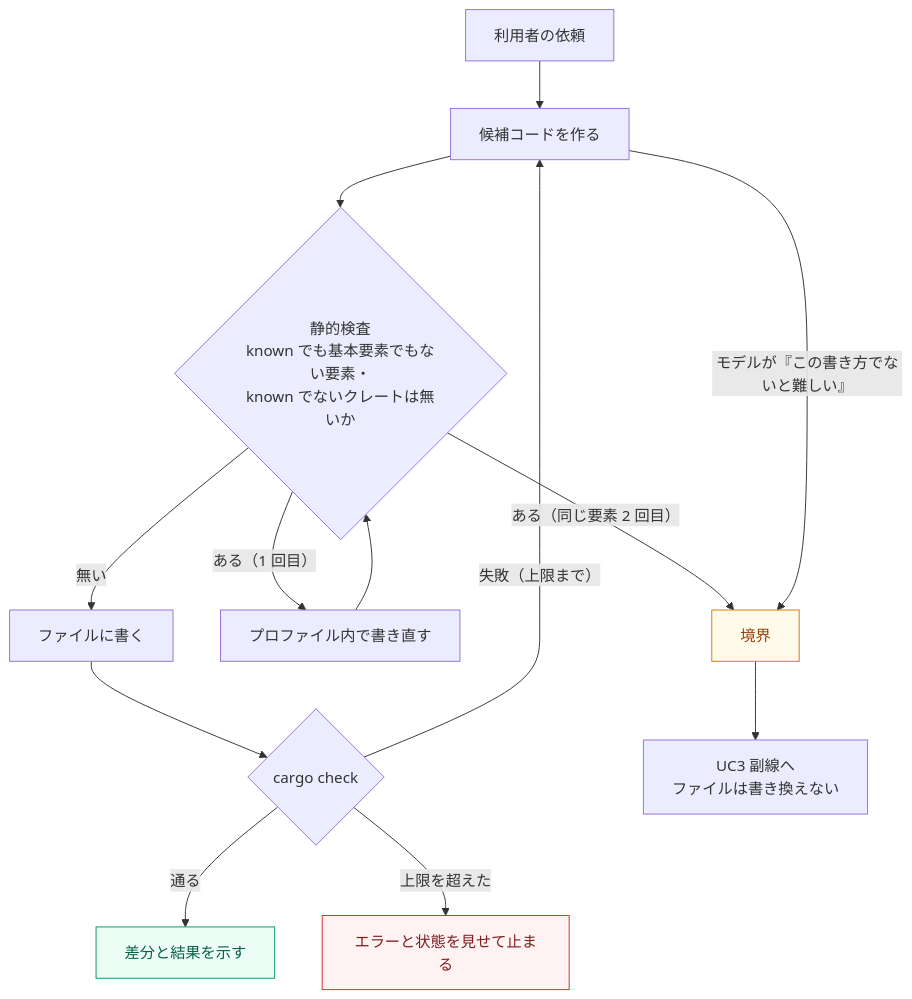
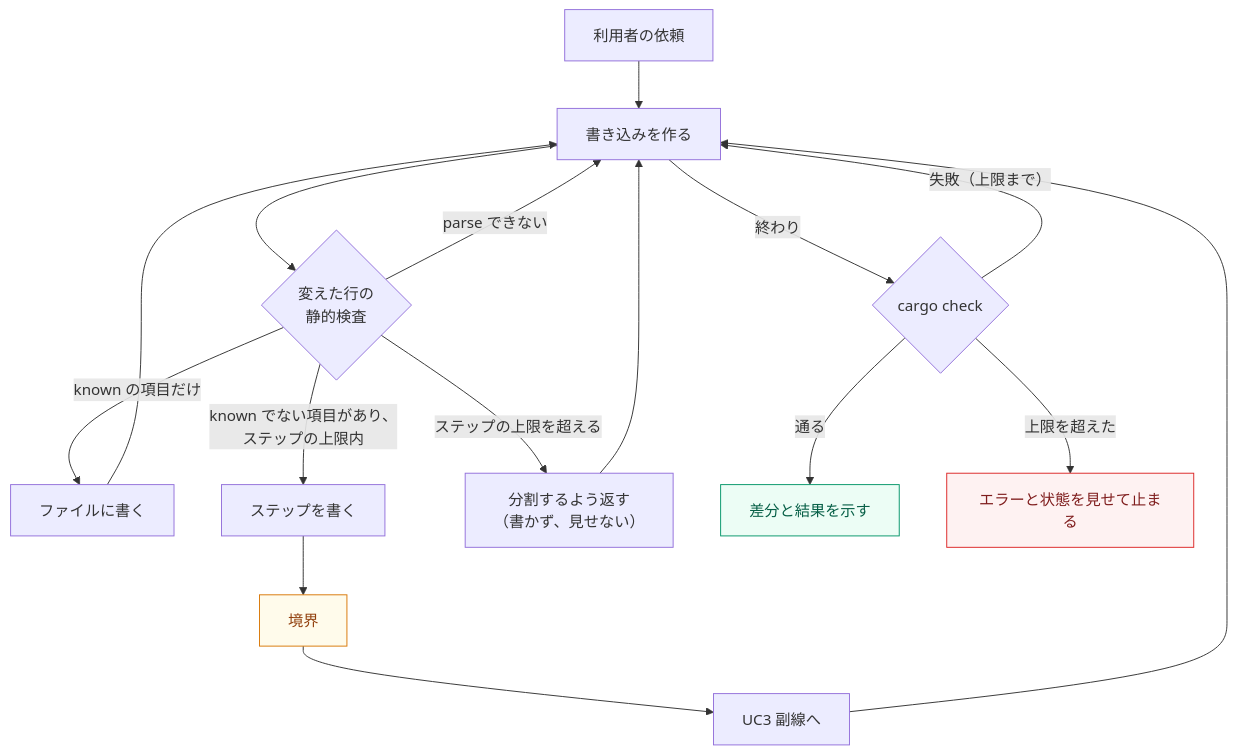
One commit to sumiredc/molt changed the fourth of 9 diagrams in PRD.ja.md. Above: the diagram before and after it, drawn with Mermaid. The commit also changed other lines of this file and 1 other file, not shown here.

````diff
--- a/PRD.ja.md
+++ b/PRD.ja.md
@@ -161,16 +163,17 @@
 ```mermaid
 flowchart TB
-  U["利用者の依頼"] --> G["候補コードを作る"]
-  G --> C{"静的検査<br/>known でも基本要素でもない要素・<br/>known でないクレートは無いか"}
-  C -- "無い" --> W["ファイルに書く"] --> CK{"cargo check"}
+  U["利用者の依頼"] --> G["書き込みを作る"]
+  G --> C{"変えた行の<br/>静的検査"}
+  C -- "parse できない" --> G
+  C -- "known の項目だけ" --> W["ファイルに書く"] --> G
+  C -- "known でない項目があり、<br/>ステップの上限内" --> WS["ステップを書く"] --> B["境界"]:::warn
+  B --> UC3["UC3 副線へ"] --> G
+  C -- "ステップの上限を超える" --> SP["分割するよう返す<br/>（書かず、見せない）"] --> G
+  G -- "終わり" --> CK{"cargo check"}
   CK -- "通る" --> SH["差分と結果を示す"]:::ok
   CK -- "失敗（上限まで）" --> G
   CK -- "上限を超えた" --> ST["エラーと状態を見せて止まる"]:::bad
-  C -- "ある（1 回目）" --> RW["プロファイル内で書き直す"] --> C
-  C -- "ある（同じ要素 2 回目）" --> B["境界"]:::warn
-  G -- "モデルが『この書き方でないと難しい』" --> B
-  B --> UC3["UC3 副線へ<br/>ファイルは書き換えない"]
   classDef ok   fill:#ecfdf5,stroke:#059669,color:#065f46
   classDef warn fill:#fffbeb,stroke:#d97706,color:#92400e
   classDef bad  fill:#fef2f2,stroke:#dc2626,color:#7f1d1d
 ```
````
